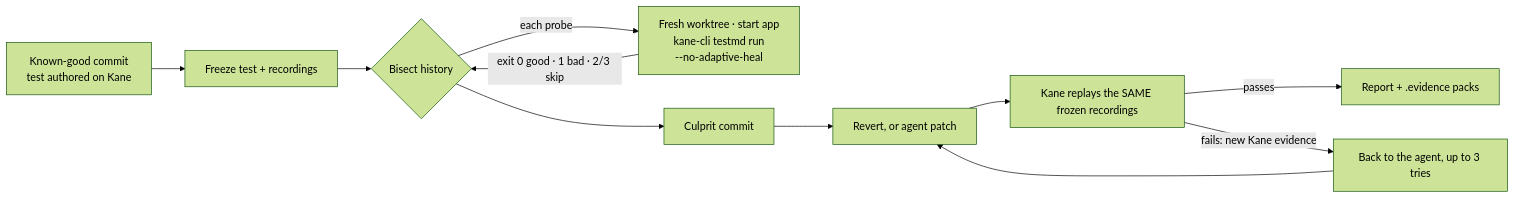
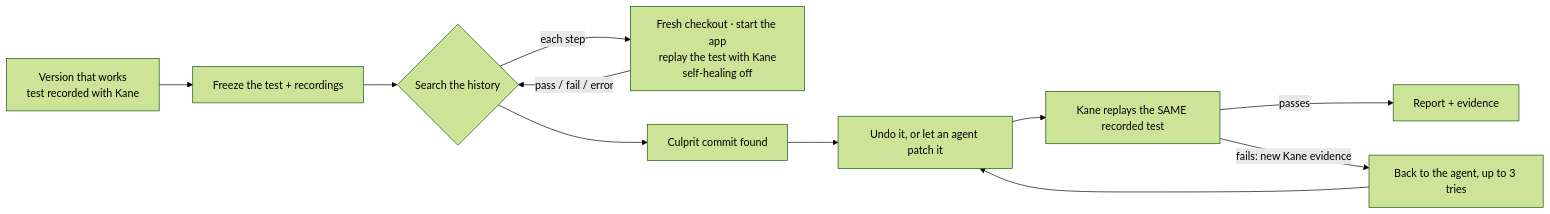
Before and after one commit to BenCoy09/culprit: the diagram in README.md, drawn with Mermaid (forest theme). The commit also changed other lines of this file, not shown here.

````diff
--- a/README.md
+++ b/README.md
@@ -44,13 +47,13 @@
 ```mermaid
 flowchart LR
-  A[Known-good commit<br/>test authored on Kane] --> B[Freeze test + recordings]
-  B --> C{Bisect history}
-  C -->|each probe| D[Fresh worktree · start app<br/>kane-cli testmd run<br/>--no-adaptive-heal]
-  D -->|exit 0 good · 1 bad · 2/3 skip| C
-  C --> E[Culprit commit]
-  E --> F[Revert, or agent patch]
-  F --> G[Kane replays the SAME frozen recordings]
-  G -->|passes| H[Report + .evidence packs]
+  A[Version that works<br/>test recorded with Kane] --> B[Freeze the test + recordings]
+  B --> C{Search the history}
+  C -->|each step| D[Fresh checkout · start the app<br/>replay the test with Kane<br/>self-healing off]
+  D -->|pass / fail / error| C
+  C --> E[Culprit commit found]
+  E --> F[Undo it, or let an agent patch it]
+  F --> G[Kane replays the SAME recorded test]
+  G -->|passes| H[Report + evidence]
   G -->|fails: new Kane evidence| I[Back to the agent, up to 3 tries]
   I --> F
 ```
````
